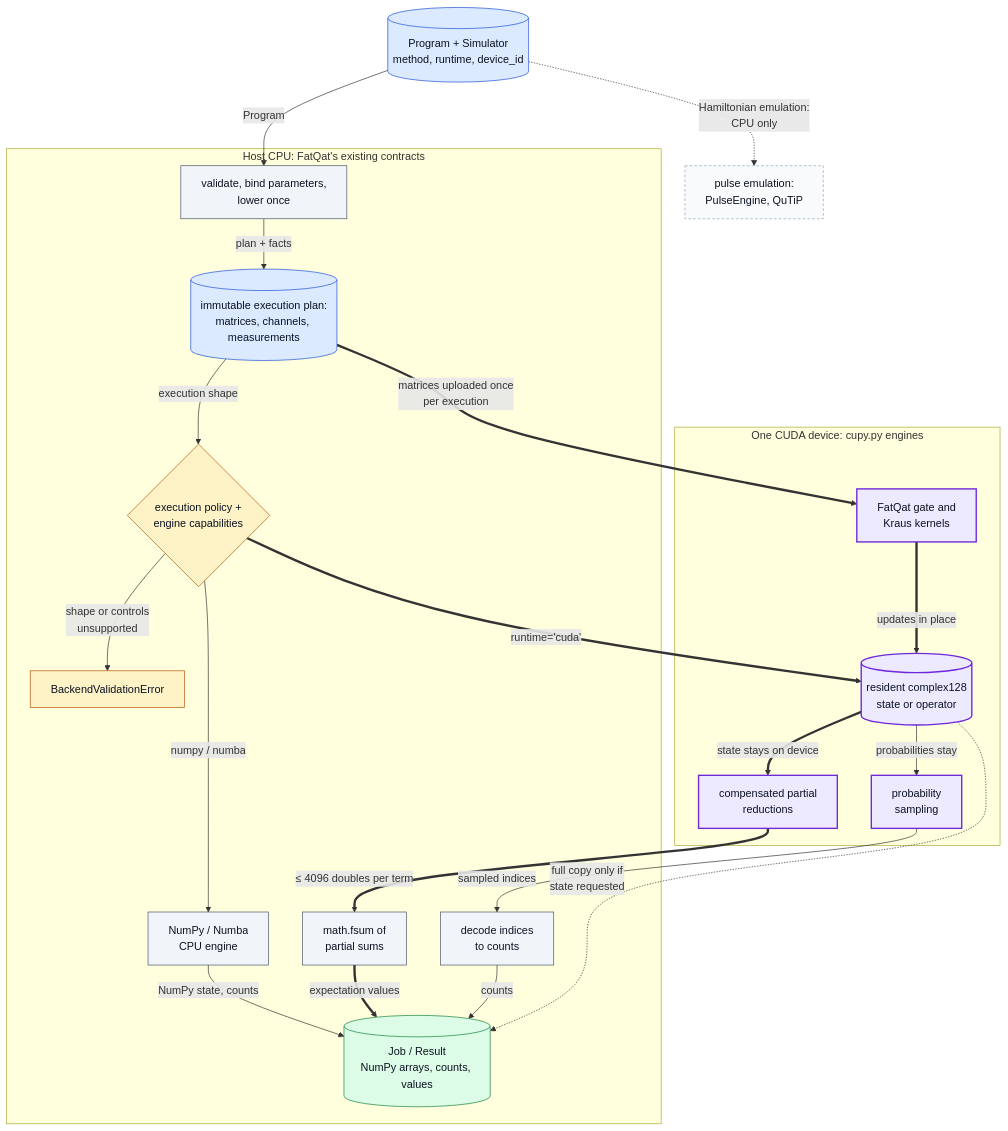
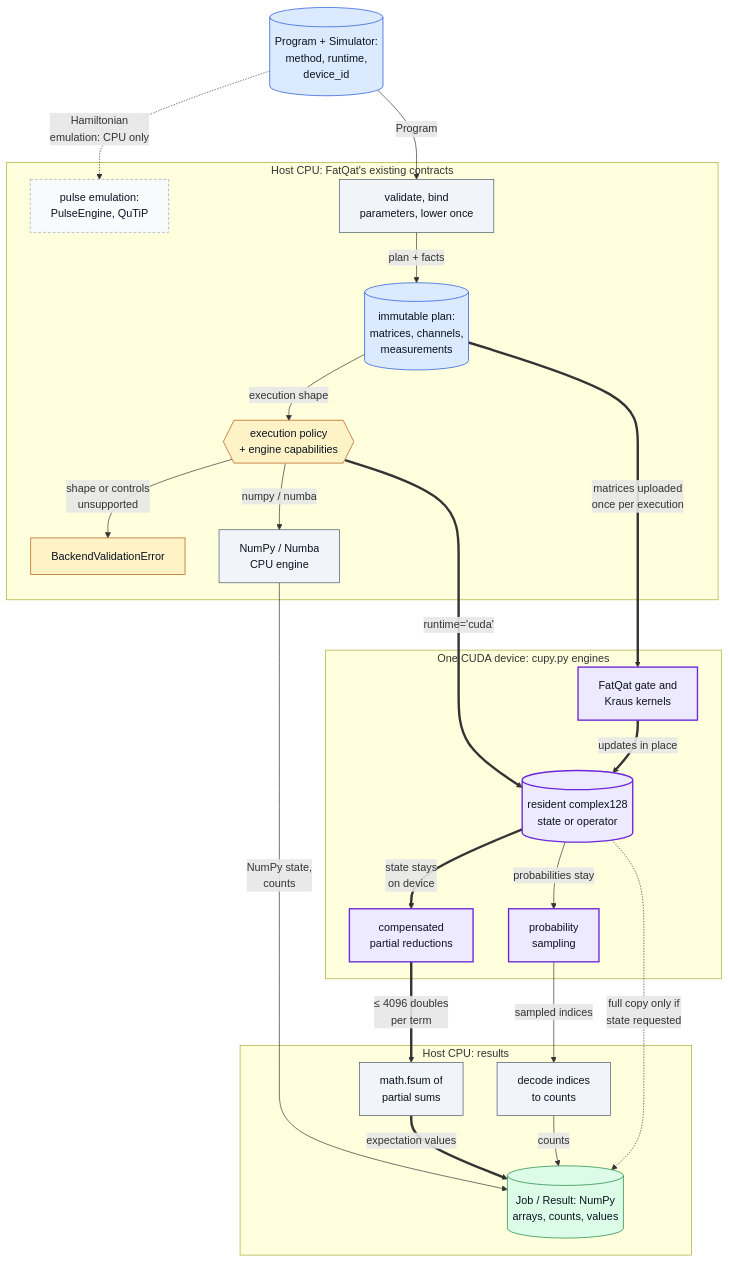
Before and after one commit to oscar-chw/fatqat-cuda: the first of 3 diagrams in README.md, drawn with Mermaid. The commit also changed other lines of this file, not shown here.

Commit message:
docs: make diagrams legible at README width

````diff
--- a/README.md
+++ b/README.md
@@ -17,46 +17,48 @@
 ```mermaid
 flowchart TB
-  P[("Program + Simulator<br/>method, runtime, device_id")]:::data
+  P[("Program + Simulator:<br/>method, runtime,<br/>device_id")]:::data
   subgraph HOST["Host CPU: FatQat's existing contracts"]
-    L["validate, bind parameters,<br/>lower once"]:::step
-    E[("immutable execution plan:<br/>matrices, channels, measurements")]:::data
-    C{"execution policy +<br/>engine capabilities"}:::gate
+    PE["pulse emulation:<br/>PulseEngine, QuTiP"]:::ext
+    L["validate, bind<br/>parameters, lower once"]:::step
+    E[("immutable plan:<br/>matrices, channels,<br/>measurements")]:::data
+    C{{"execution policy<br/>+ engine capabilities"}}:::gate
     X["BackendValidationError"]:::gate
     N["NumPy / Numba<br/>CPU engine"]:::step
+  end
+  subgraph DEV["One CUDA device: cupy.py engines"]
+    K["FatQat gate and<br/>Kraus kernels"]:::key
+    S[("resident complex128<br/>state or operator")]:::key
+    O["compensated<br/>partial reductions"]:::key
+    M["probability<br/>sampling"]:::key
+  end
+  subgraph BACK["Host CPU: results"]
     F["math.fsum of<br/>partial sums"]:::step
     D["decode indices<br/>to counts"]:::step
-    J[("Job / Result<br/>NumPy arrays, counts, values")]:::out
+    J[("Job / Result: NumPy<br/>arrays, counts, values")]:::out
   end
-  subgraph DEV["One CUDA device: cupy.py engines"]
-    S[("resident complex128<br/>state or operator")]:::key
-    K["FatQat gate and<br/>Kraus kernels"]:::key
-    O["compensated partial<br/>reductions"]:::key
-    M["probability<br/>sampling"]:::key
-  end
-  PE["pulse emulation:<br/>PulseEngine, QuTiP"]:::ext
 
   P -->|"Program"| L
+  P -.->|"Hamiltonian<br/>emulation: CPU only"| PE
   L -->|"plan + facts"| E
   E -->|"execution shape"| C
   C -->|"shape or controls<br/>unsupported"| X
   C -->|"numpy / numba"| N
-  N -->|"NumPy state, counts"| J
+  N -->|"NumPy state,<br/>counts"| J
   C ==>|"runtime='cuda'"| S
-  E ==>|"matrices uploaded once<br/>per execution"| K
+  E ====>|"matrices uploaded<br/>once per execution"| K
   K ==>|"updates in place"| S
-  S ==>|"state stays on device"| O
-  O ==>|"≤ 4096 doubles per term"| F
+  S ==>|"state stays<br/>on device"| O
+  O ==>|"≤ 4096 doubles<br/>per term"| F
   F ==>|"expectation values"| J
   S -->|"probabilities stay"| M
   M -->|"sampled indices"| D
   D -->|"counts"| J
   S -.->|"full copy only if<br/>state requested"| J
-  P -.->|"Hamiltonian emulation:<br/>CPU only"| PE
 
   classDef data fill:#dbeafe,stroke:#1d4ed8,color:#0b1220
   classDef step fill:#f1f5f9,stroke:#475569,color:#0b1220
   classDef gate fill:#fef3c7,stroke:#b45309,color:#0b1220
   classDef out  fill:#dcfce7,stroke:#15803d,color:#0b1220
   classDef ext  fill:#f8fafc,stroke:#94a3b8,color:#0b1220,stroke-dasharray:4 3
   classDef key  fill:#ede9fe,stroke:#6d28d9,color:#0b1220,stroke-width:2px
 ```
````
